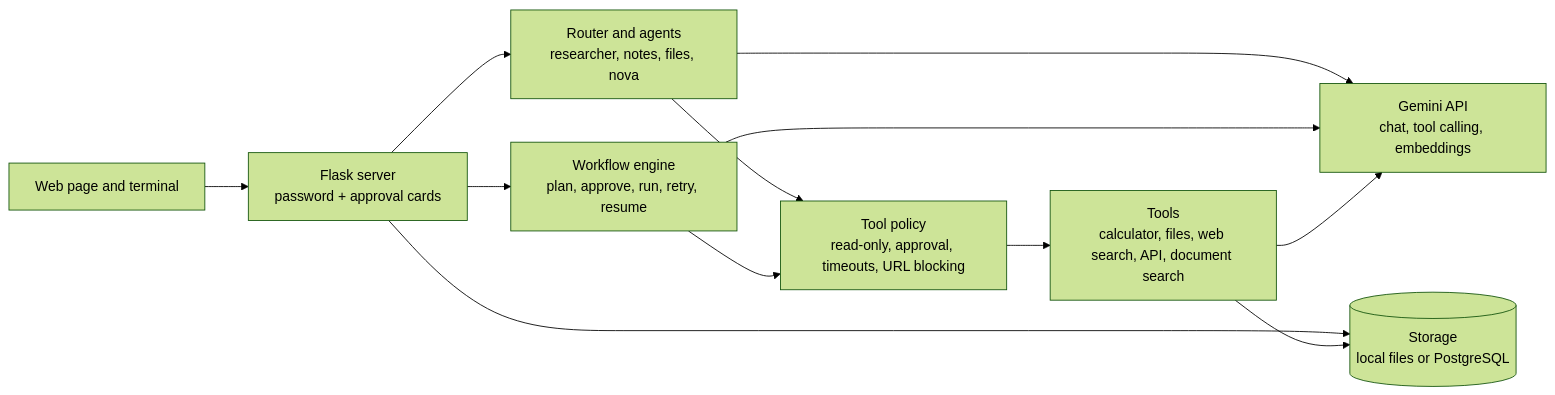
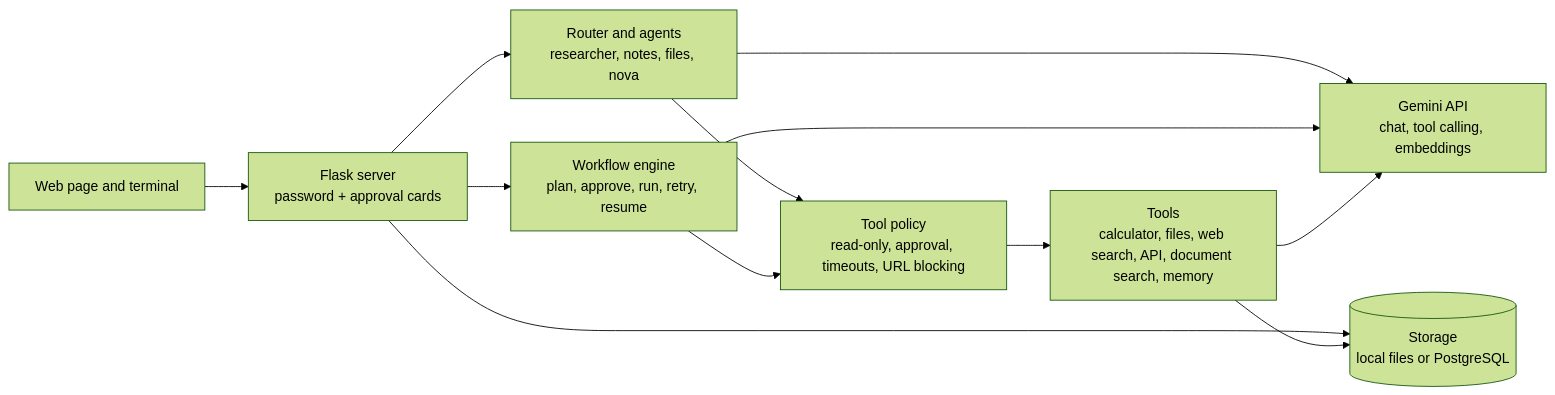
One commit to abhilashyaragal570-del/nova changed the diagram in README.md. Above: the diagram before and after it, drawn with Mermaid (forest theme). The commit also changed other lines of this file and 9 other files, not shown here.

````diff
--- a/README.md
+++ b/README.md
@@ -19,14 +19,14 @@
 ```mermaid
 flowchart LR
     UI["Web page and terminal"] --> SRV["Flask server<br/>password + approval cards"]
     SRV --> AG["Router and agents<br/>researcher, notes, files, nova"]
     SRV --> WF["Workflow engine<br/>plan, approve, run, retry, resume"]
     AG --> POL["Tool policy<br/>read-only, approval, timeouts, URL blocking"]
     WF --> POL
-    POL --> TOOLS["Tools<br/>calculator, files, web search, API, document search"]
+    POL --> TOOLS["Tools<br/>calculator, files, web search, API, document search, memory"]
     AG --> LLM["Gemini API<br/>chat, tool calling, embeddings"]
     WF --> LLM
     TOOLS --> LLM
     SRV --> DB[("Storage<br/>local files or PostgreSQL")]
     TOOLS --> DB
 ```
````
